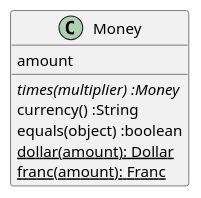
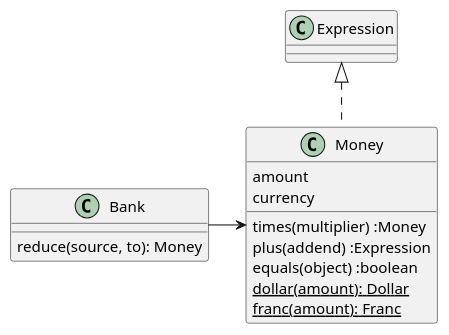
One commit to hiroshima-arc/pragmatic_programing changed the diagram in docs/src/spec/the_money_example.adoc. Above: the diagram before and after it, drawn with PlantUML. The commit also changed 13 other files, not shown here.

Commit message:
docs: クラス図更新

```diff
--- a/docs/src/spec/the_money_example.adoc
+++ b/docs/src/spec/the_money_example.adoc
@@ -49,11 +49,19 @@
 [plantuml]
 ----
+class Expression {
+}
+class Bank {
+  reduce(source, to): Money
+}
 class Money {
   amount
-  {abstract} times(multiplier) :Money
-  currency() :String
+  currency
+  times(multiplier) :Money
+  plus(addend) :Expression
   equals(object) :boolean
   {static} dollar(amount): Dollar
   {static} franc(amount): Franc
 }
+Expression <|.. Money
+Bank -> Money
 ----
```
